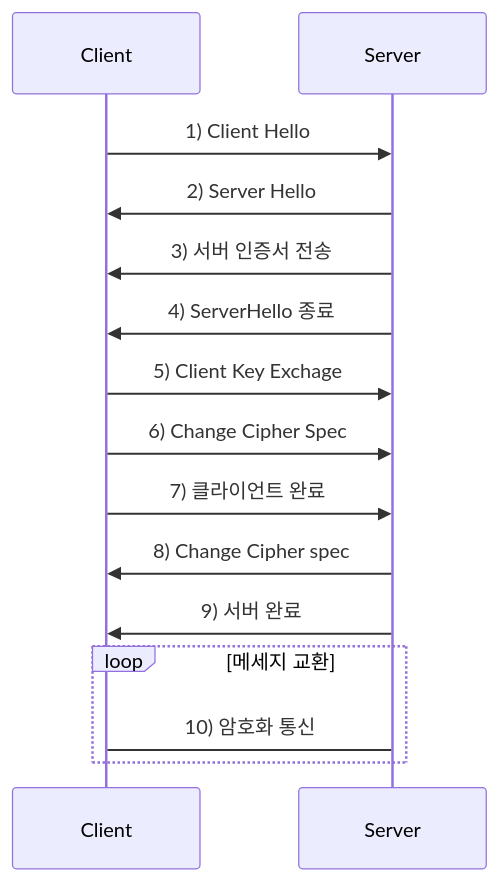
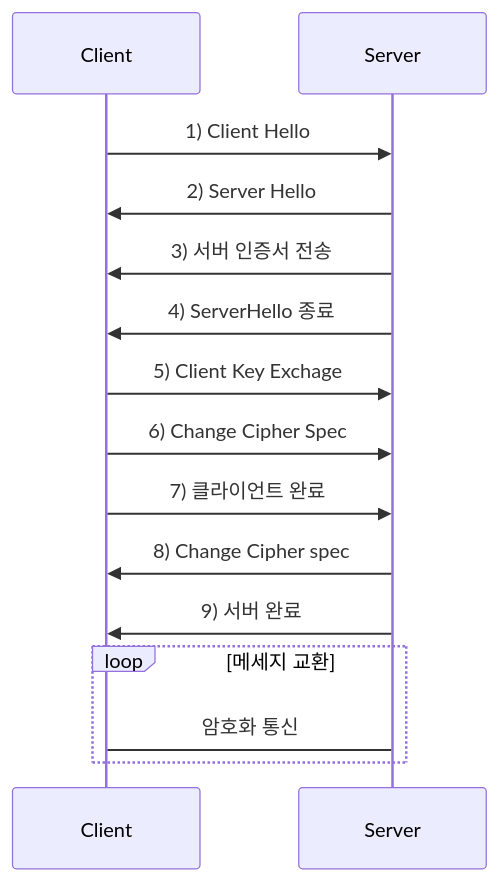
The diagram in _posts/develop/etc/2019-02-12-TLS.md (1sonjm/1sonjm.github.io), drawn with Mermaid before and after one commit. The commit also changed other lines of this file, not shown here.

Commit message:
_posts/develop/etc/2019-02-12-TLS.md updated from https://stackedit.io/

````diff
--- a/_posts/develop/etc/2019-02-12-TLS.md
+++ b/_posts/develop/etc/2019-02-12-TLS.md
@@ -13,15 +13,15 @@
 ```mermaid
 sequenceDiagram
     Client->>Server: 1) Client Hello
     Server->>Client: 2) Server Hello
     Server->>Client: 3) 서버 인증서 전송
     Server->>Client: 4) ServerHello 종료
     Client->>Server: 5) Client Key Exchage
     Client->>Server: 6) Change Cipher Spec
     Client->>Server: 7) 클라이언트 완료
     Server->>Client: 8) Change Cipher spec
     Server->>Client: 9) 서버 완료
     loop 메세지 교환
-    Server->Client: 10) 암호화 통신
+    Server->Client: 암호화 통신
     end
 ```
````
